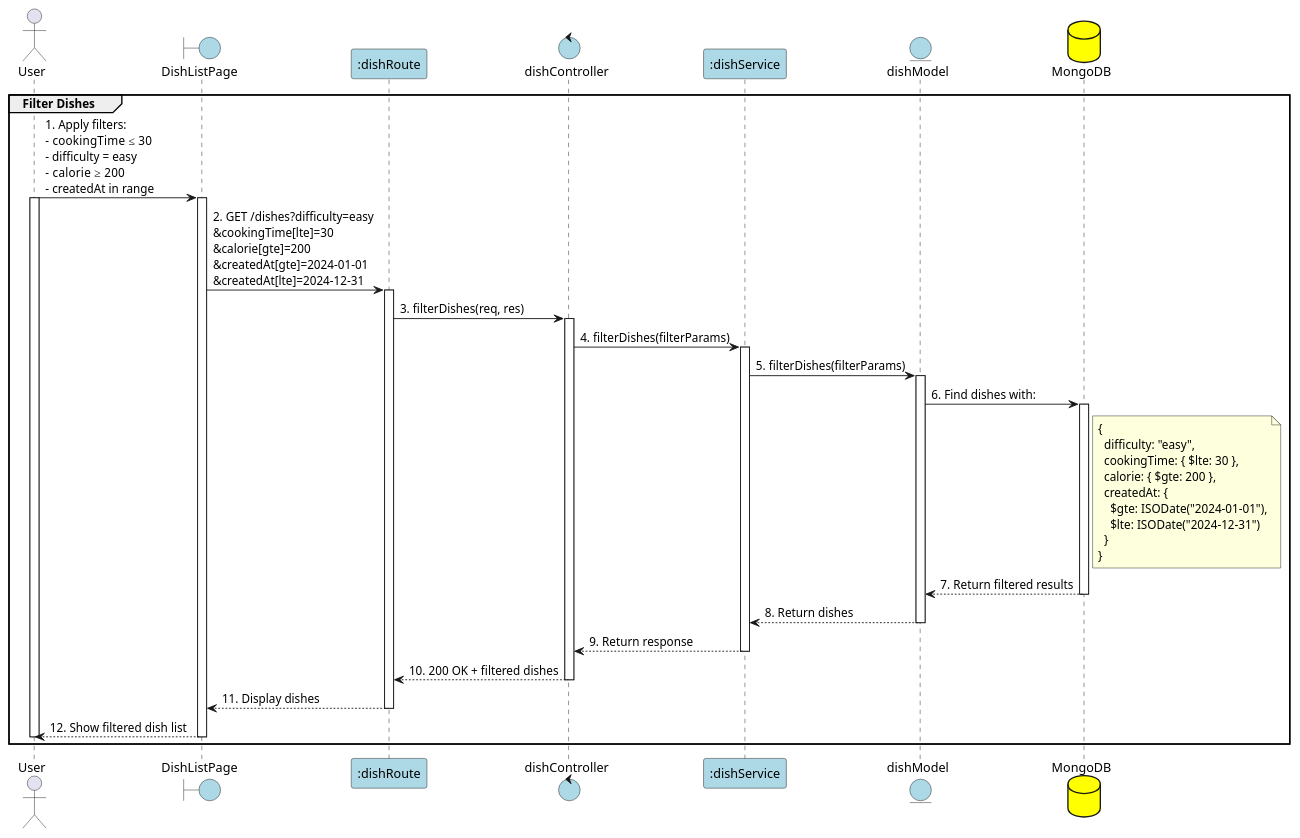
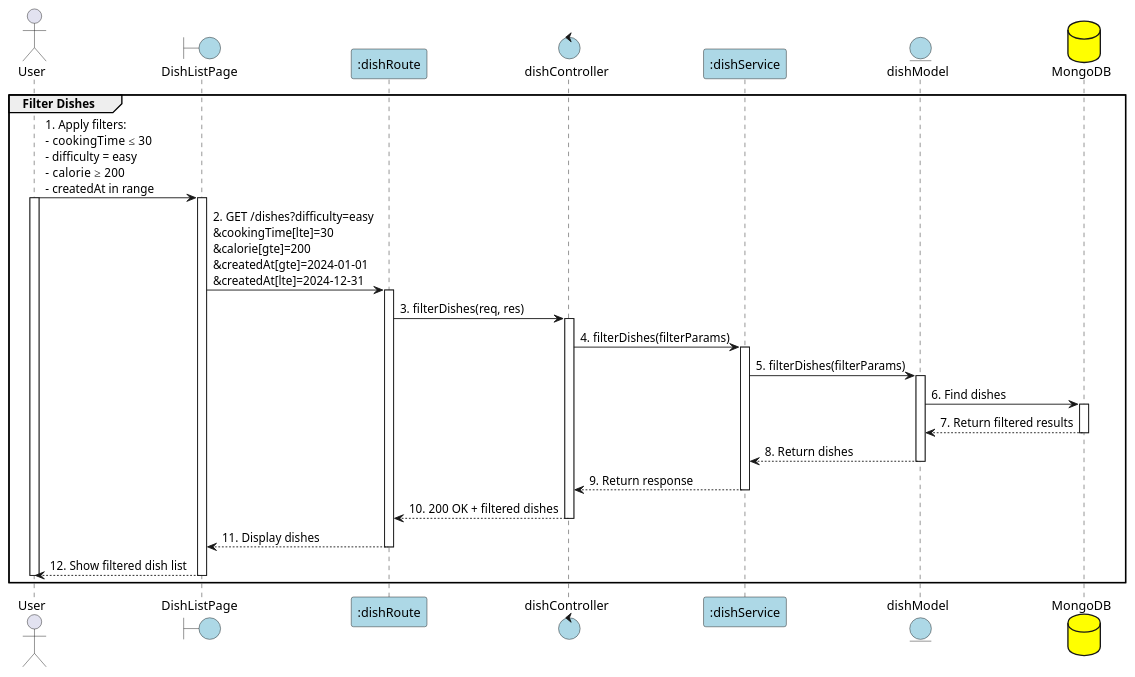
The diagram in PlanUML/22_filterDish.puml (Aohkne/CaloCook), drawn with PlantUML before and after one commit.

```diff
--- a/PlanUML/22_filterDish.puml
+++ b/PlanUML/22_filterDish.puml
@@ -1,62 +1,51 @@
 @startuml Filter Dish
 
 actor User as User 
 boundary "DishListPage" as View #lightblue
 participant ":dishRoute" as Route #lightblue
 control "dishController" as Controller #lightblue
 participant ":dishService" as Service #lightblue
 entity "dishModel" as Model #lightblue
 database "MongoDB" as MongoDB #yellow
 
 group Filter Dishes
 User -> View: 1. Apply filters: \n- cookingTime ≤ 30\n- difficulty = easy\n- calorie ≥ 200\n- createdAt in range
 activate User
 activate View
 
 View -> Route: 2. GET /dishes?difficulty=easy\n&cookingTime[lte]=30\n&calorie[gte]=200\n&createdAt[gte]=2024-01-01\n&createdAt[lte]=2024-12-31
 activate Route
 
 Route -> Controller: 3. filterDishes(req, res)
 activate Controller
 
 Controller -> Service: 4. filterDishes(filterParams)
 activate Service
 
 Service -> Model: 5. filterDishes(filterParams)
 activate Model
 
-Model -> MongoDB: 6. Find dishes with:
-note right of MongoDB
-{
-  difficulty: "easy",
-  cookingTime: { $lte: 30 },
-  calorie: { $gte: 200 },
-  createdAt: {
-    $gte: ISODate("2024-01-01"),
-    $lte: ISODate("2024-12-31")
-  }
-}
-end note
+Model -> MongoDB: 6. Find dishes
 activate MongoDB
 
 MongoDB --> Model: 7. Return filtered results
 deactivate MongoDB
 
 Model --> Service: 8. Return dishes
 deactivate Model
 
 Service --> Controller: 9. Return response
 deactivate Service
 
 Controller --> Route: 10. 200 OK + filtered dishes
 deactivate Controller
 
 Route --> View: 11. Display dishes
 deactivate Route
 
 View --> User: 12. Show filtered dish list
 deactivate View
 deactivate User
 
 end
 @enduml
```
